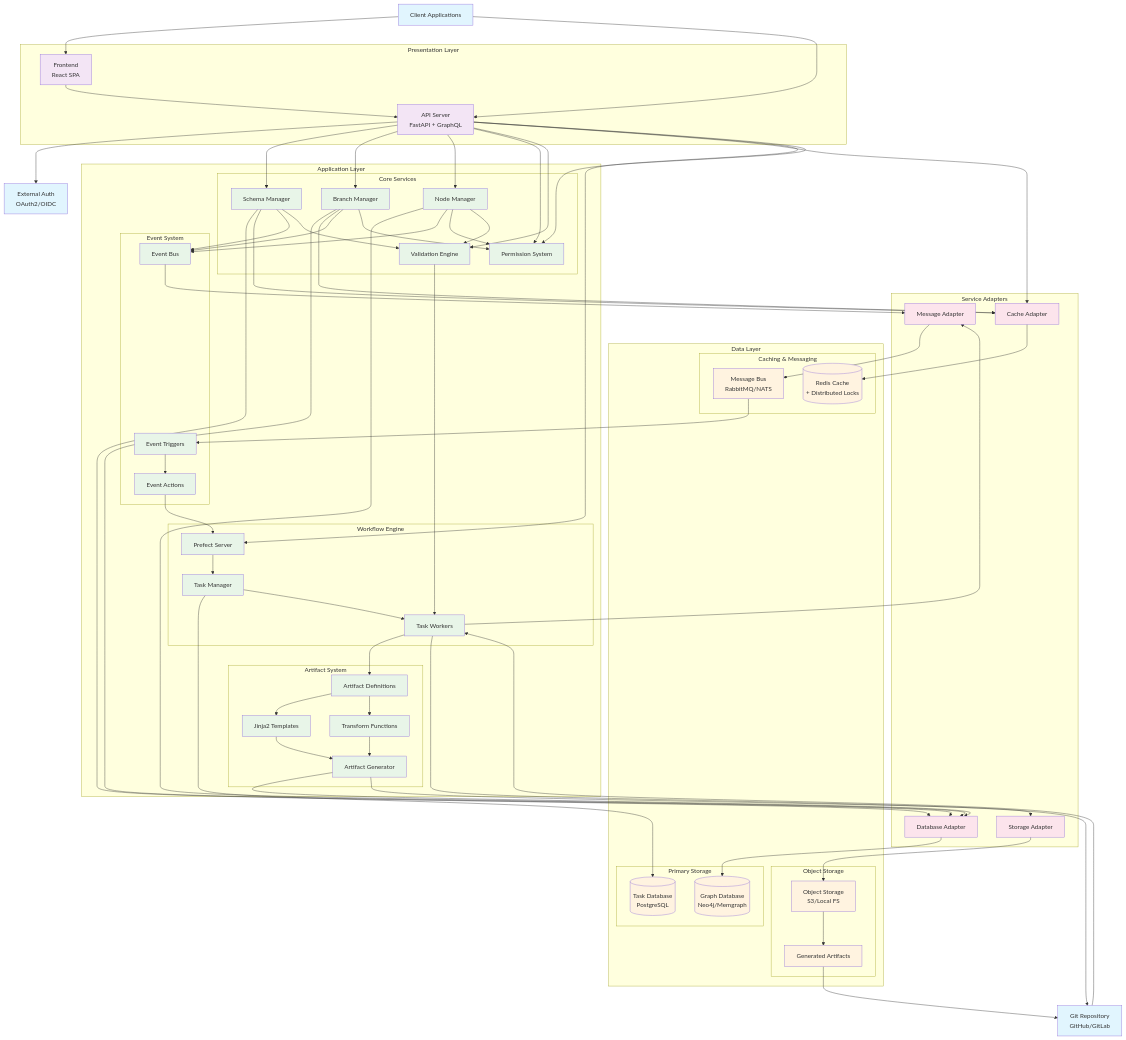
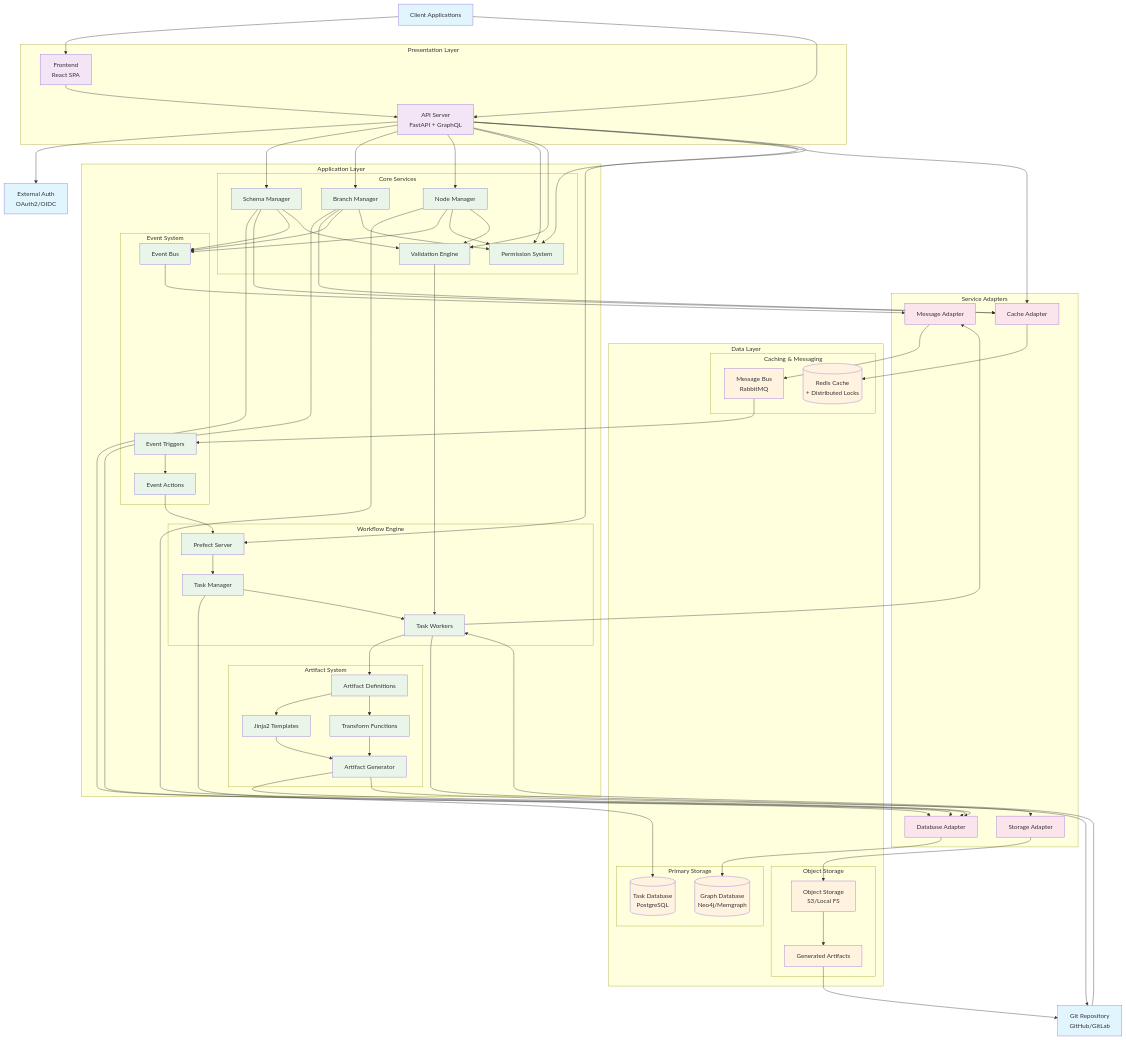
The diagram in docs/docs/topics/architecture.mdx (opsmill/infrahub), drawn with Mermaid before and after one commit. The commit also changed other lines of this file and 4 other files, not shown here.

```diff
--- a/docs/docs/topics/architecture.mdx
+++ b/docs/docs/topics/architecture.mdx
@@ -102,7 +102,7 @@
         
         subgraph "Caching & Messaging"
             Redis[(Redis Cache<br/>+ Distributed Locks)]
-            MessageBus[Message Bus<br/>RabbitMQ/NATS]
+            MessageBus[Message Bus<br/>RabbitMQ]
         end
         
         subgraph "Object Storage"
```
